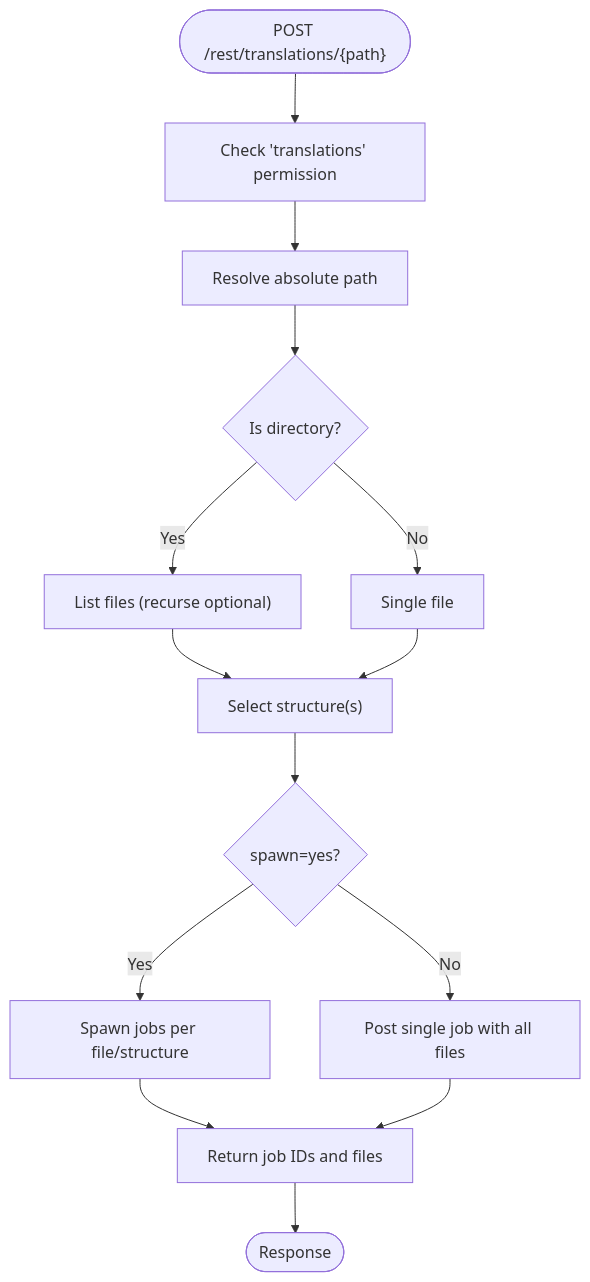
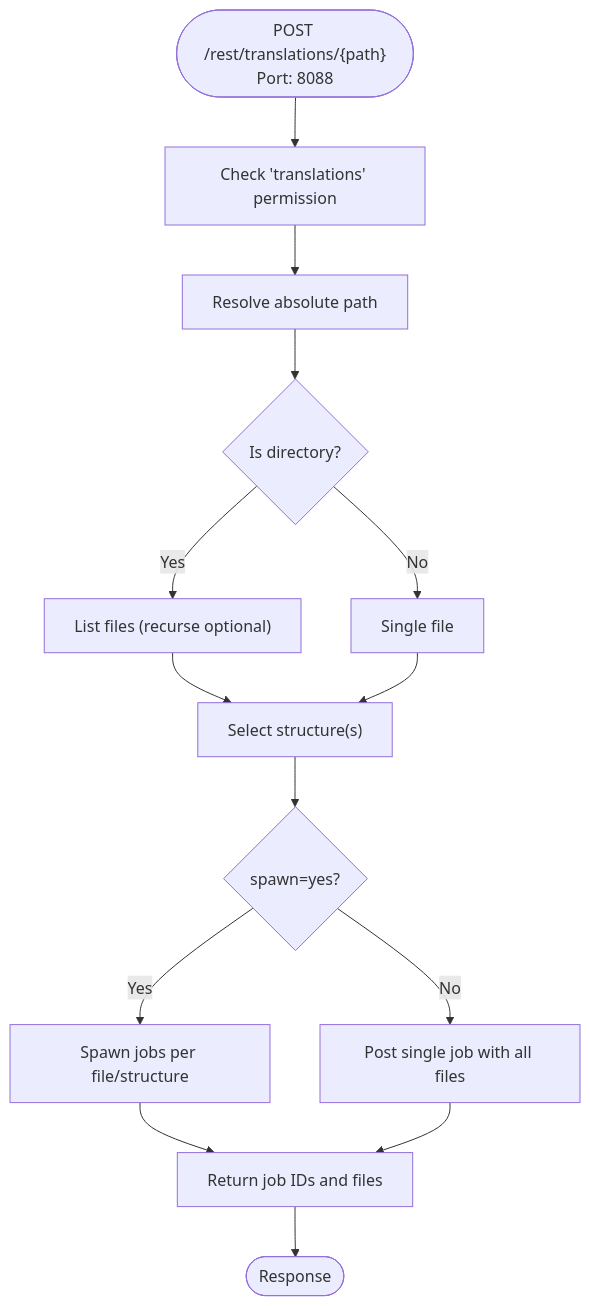
The third of 10 diagrams in .qoder/repowiki/en/content/Project Overview/Core Services/Core Services.md (time-link/timelink-kleio), drawn with Mermaid before and after one commit. The commit also changed other lines of this file and 189 other files, not shown here.

````diff
--- a/.qoder/repowiki/en/content/Project Overview/Core Services/Core Services.md
+++ b/.qoder/repowiki/en/content/Project Overview/Core Services/Core Services.md
@@ -190,16 +218,16 @@
 ```mermaid
 flowchart TD
-Start(["POST /rest/translations/{path}"]) --> CheckPerm["Check 'translations' permission"]
+Start(["POST /rest/translations/{path}<br/>Port: 8088"]) --> CheckPerm["Check 'translations' permission"]
 CheckPerm --> ResolvePath["Resolve absolute path"]
 ResolvePath --> IsDir{"Is directory?"}
 IsDir --> |Yes| ListFiles["List files (recurse optional)"]
 IsDir --> |No| SingleFile["Single file"]
 ListFiles --> StruSel["Select structure(s)"]
 SingleFile --> StruSel
 StruSel --> Spawn{"spawn=yes?"}
 Spawn --> |Yes| Parallel["Spawn jobs per file/structure"]
 Spawn --> |No| Batch["Post single job with all files"]
 Parallel --> Jobs["Return job IDs and files"]
 Batch --> Jobs
 Jobs --> End(["Response"])
 ```
````
